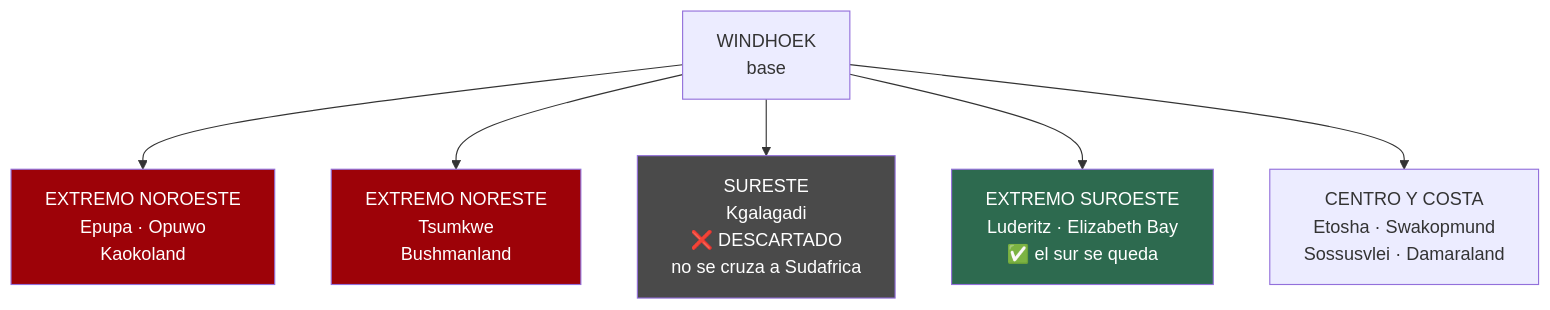
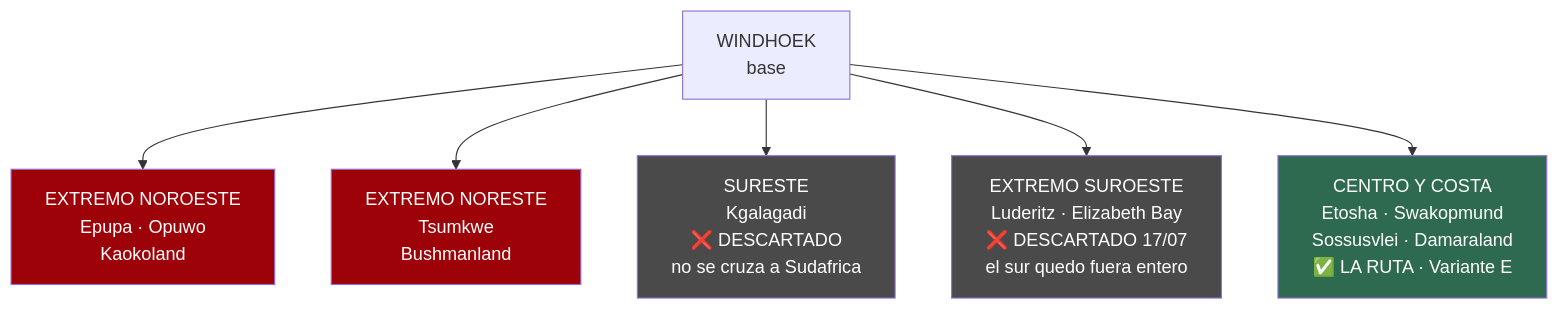
Before and after one commit to morandeirachema/namibia: the first of 4 diagrams in 06-lista-google-maps.md, drawn with Mermaid. The commit also changed other lines of this file and 3 other files, not shown here.

````diff
--- a/06-lista-google-maps.md
+++ b/06-lista-google-maps.md
@@ -15,13 +15,14 @@
 ```mermaid
 flowchart TD
     W["WINDHOEK<br/>base"]
     W --> NW["EXTREMO NOROESTE<br/>Epupa · Opuwo<br/>Kaokoland"]
     W --> NE["EXTREMO NORESTE<br/>Tsumkwe<br/>Bushmanland"]
     W --> SE["SURESTE<br/>Kgalagadi<br/>❌ DESCARTADO<br/>no se cruza a Sudafrica"]
-    W --> SW["EXTREMO SUROESTE<br/>Luderitz · Elizabeth Bay<br/>✅ el sur se queda"]
-    W --> C["CENTRO Y COSTA<br/>Etosha · Swakopmund<br/>Sossusvlei · Damaraland"]
+    W --> SW["EXTREMO SUROESTE<br/>Luderitz · Elizabeth Bay<br/>❌ DESCARTADO 17/07<br/>el sur quedo fuera entero"]
+    W --> C["CENTRO Y COSTA<br/>Etosha · Swakopmund<br/>Sossusvlei · Damaraland<br/>✅ LA RUTA · Variante E"]
     style NW fill:#9d0208,color:#fff
     style NE fill:#9d0208,color:#fff
     style SE fill:#4a4a4a,color:#fff
-    style SW fill:#2d6a4f,color:#fff
+    style SW fill:#4a4a4a,color:#fff
+    style C fill:#2d6a4f,color:#fff
 ```
````
